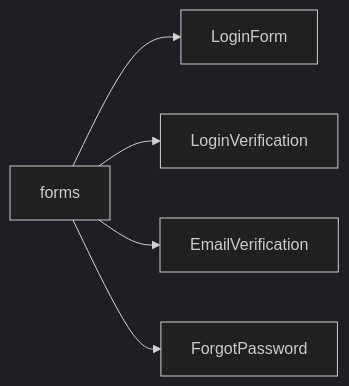
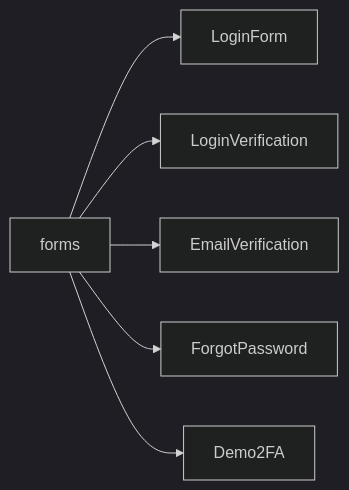
Before and after one commit to neofuture/chatr: the fifth of 9 diagrams in Documentation/Frontend/Components/index.md, drawn with Mermaid (dark theme). The commit also changed other lines of this file and 158 other files, not shown here.

````diff
--- a/Documentation/Frontend/Components/index.md
+++ b/Documentation/Frontend/Components/index.md
@@ -47,7 +49,8 @@
 ```mermaid
 graph LR
     forms --> LoginForm
     forms --> LoginVerification
     forms --> EmailVerification
     forms --> ForgotPassword
+    forms --> Demo2FA
 ```
````
